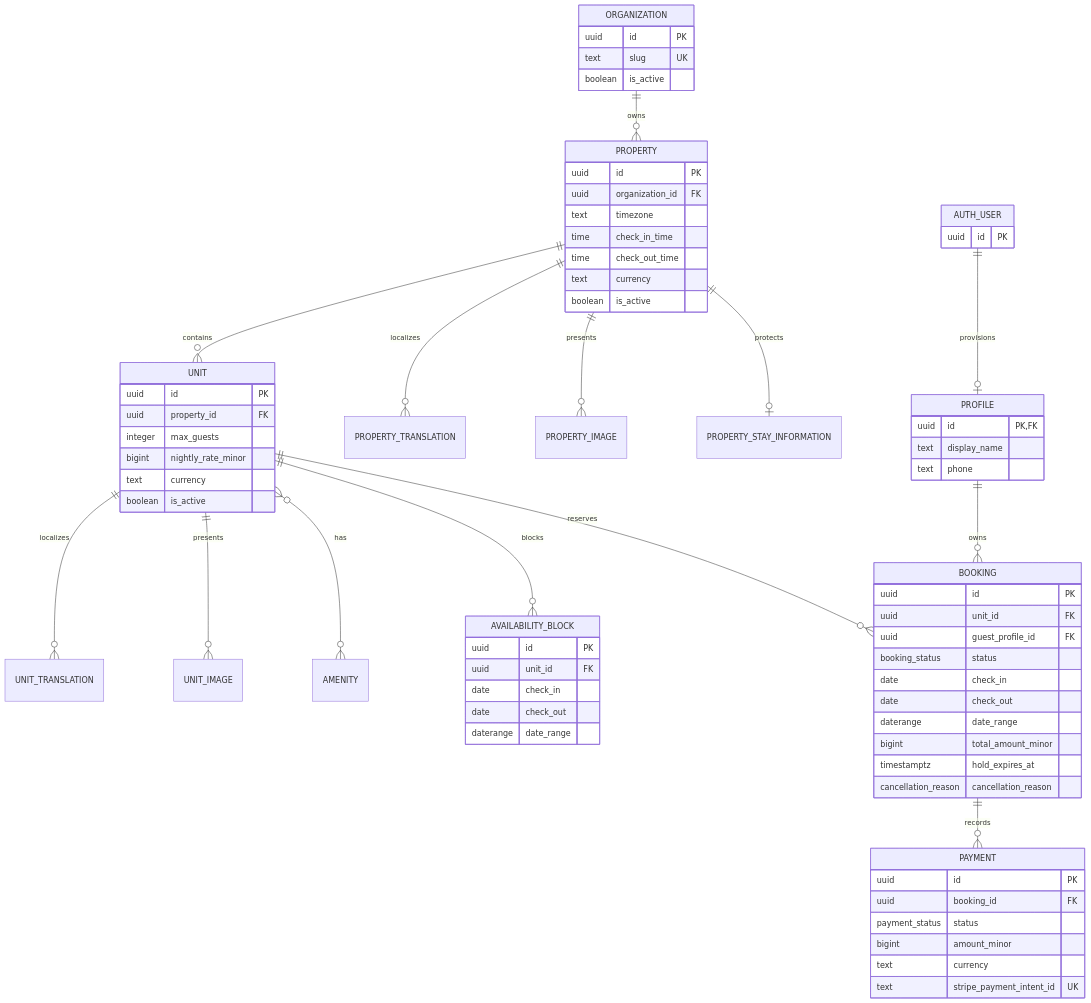
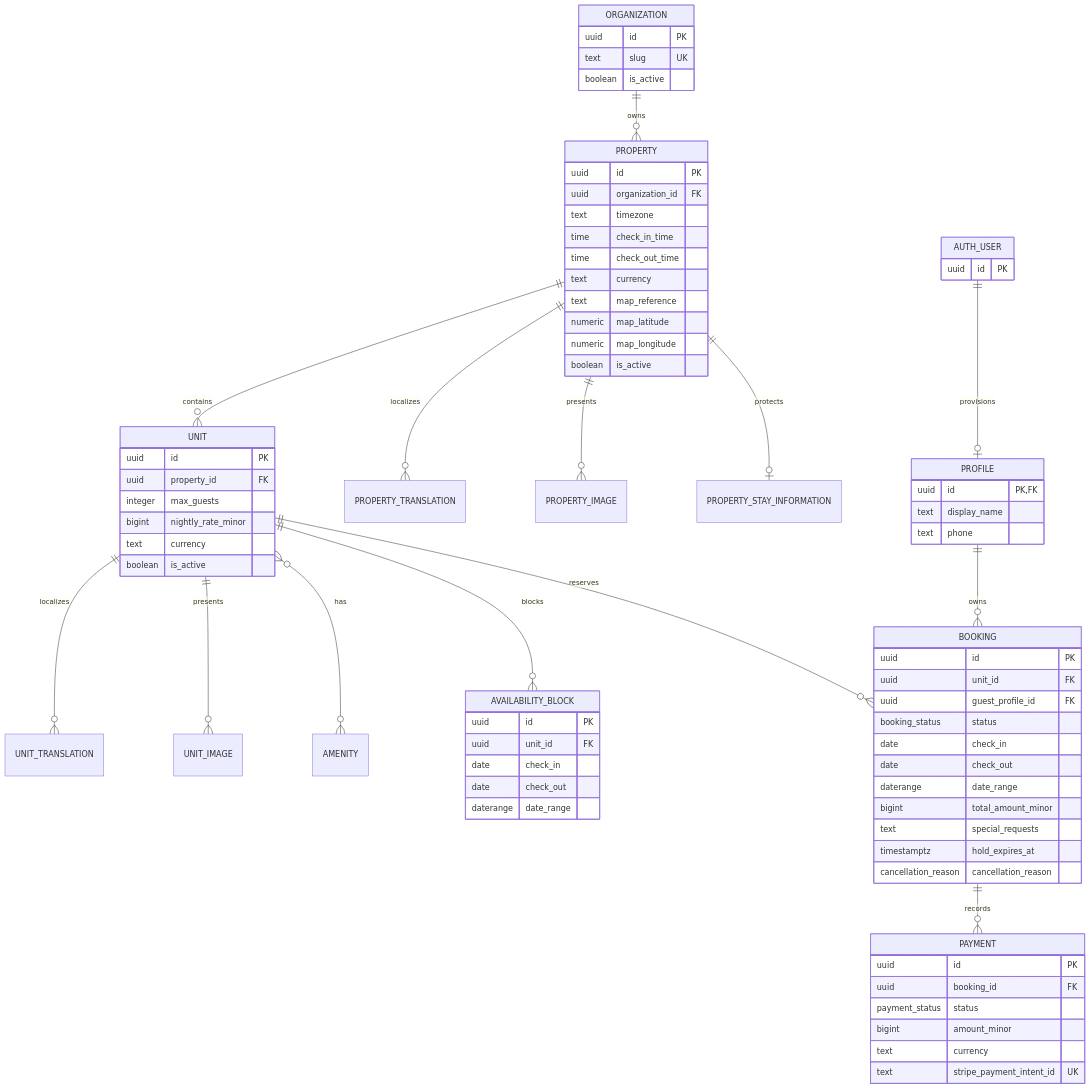
One commit to juanjosechiroque/directstay-mobile changed the first of 3 diagrams in docs/DOMAIN.md. Above: the diagram before and after it, drawn with Mermaid. The commit also changed other lines of this file and 52 other files, not shown here.

````diff
--- a/docs/DOMAIN.md
+++ b/docs/DOMAIN.md
@@ -19,74 +19,78 @@
 ```mermaid
 erDiagram
     ORGANIZATION ||--o{ PROPERTY : owns
     PROPERTY ||--o{ UNIT : contains
     PROPERTY ||--o{ PROPERTY_TRANSLATION : localizes
     PROPERTY ||--o{ PROPERTY_IMAGE : presents
     PROPERTY ||--o| PROPERTY_STAY_INFORMATION : protects
     UNIT ||--o{ UNIT_TRANSLATION : localizes
     UNIT ||--o{ UNIT_IMAGE : presents
     UNIT }o--o{ AMENITY : has
     UNIT ||--o{ AVAILABILITY_BLOCK : blocks
     AUTH_USER ||--o| PROFILE : provisions
     PROFILE ||--o{ BOOKING : owns
     UNIT ||--o{ BOOKING : reserves
     BOOKING ||--o{ PAYMENT : records
 
     ORGANIZATION {
         uuid id PK
         text slug UK
         boolean is_active
     }
     PROPERTY {
         uuid id PK
         uuid organization_id FK
         text timezone
         time check_in_time
         time check_out_time
         text currency
+        text map_reference
+        numeric map_latitude
+        numeric map_longitude
         boolean is_active
     }
     UNIT {
         uuid id PK
         uuid property_id FK
         integer max_guests
         bigint nightly_rate_minor
         text currency
         boolean is_active
     }
     PROFILE {
         uuid id PK,FK
         text display_name
         text phone
     }
     AUTH_USER {
         uuid id PK
     }
     BOOKING {
         uuid id PK
         uuid unit_id FK
         uuid guest_profile_id FK
         booking_status status
         date check_in
         date check_out
         daterange date_range
         bigint total_amount_minor
+        text special_requests
         timestamptz hold_expires_at
         cancellation_reason cancellation_reason
     }
     PAYMENT {
         uuid id PK
         uuid booking_id FK
         payment_status status
         bigint amount_minor
         text currency
         text stripe_payment_intent_id UK
     }
     AVAILABILITY_BLOCK {
         uuid id PK
         uuid unit_id FK
         date check_in
         date check_out
         daterange date_range
     }
 ```
````
